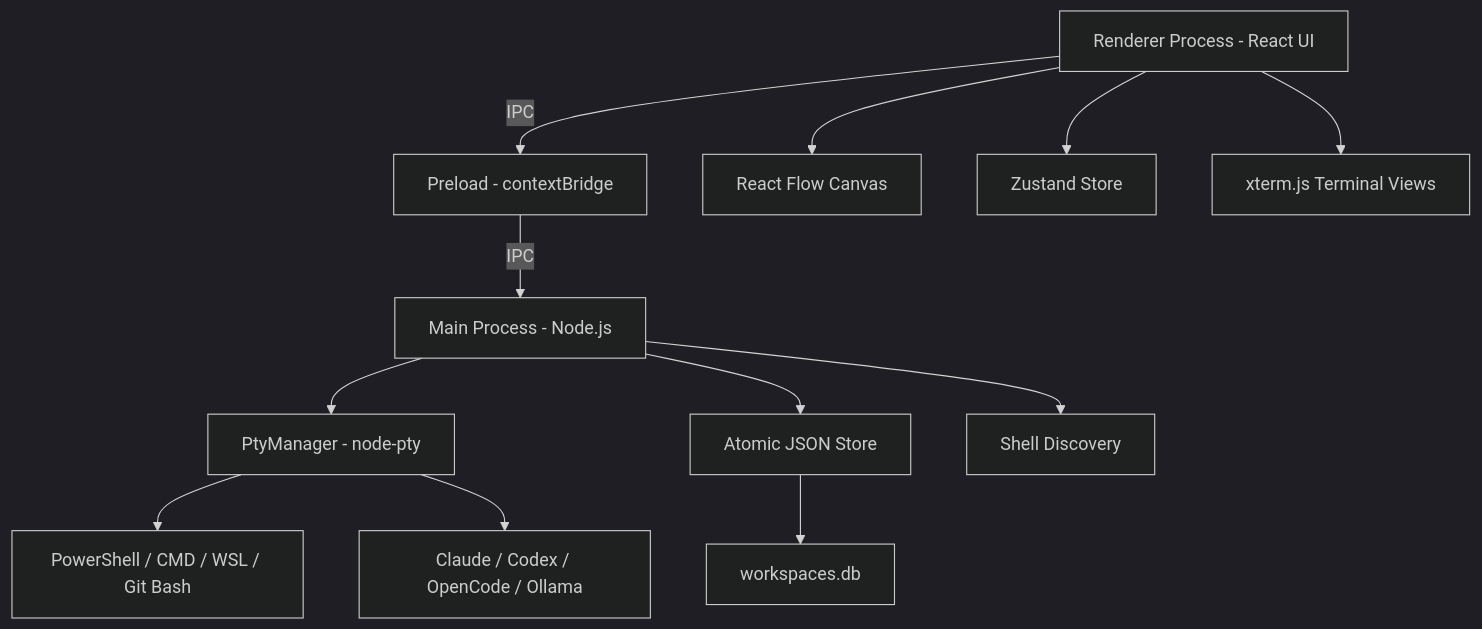
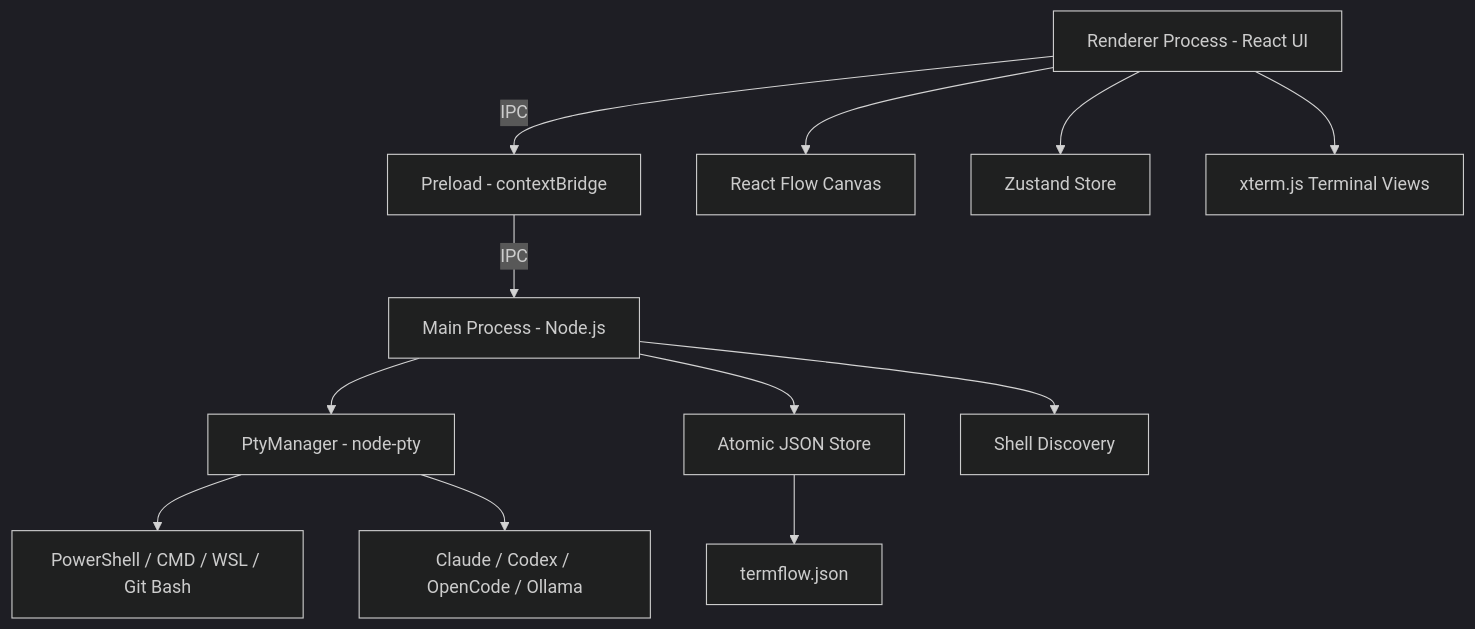
Before and after one commit to palamut62/termflow: the diagram in README.md, drawn with Mermaid (dark theme). The commit also changed other lines of this file and 28 other files, not shown here.

````diff
--- a/README.md
+++ b/README.md
@@ -91,14 +101,14 @@
 ```mermaid
 graph TD
     A[Renderer Process - React UI] -->|IPC| B[Preload - contextBridge]
     B -->|IPC| C[Main Process - Node.js]
     C --> D[PtyManager - node-pty]
     C --> E[Atomic JSON Store]
     C --> F[Shell Discovery]
     D --> G[PowerShell / CMD / WSL / Git Bash]
     D --> H[Claude / Codex / OpenCode / Ollama]
-    E --> I[workspaces.db]
+    E --> I[termflow.json]
     A --> J[React Flow Canvas]
     A --> K[Zustand Store]
     A --> L[xterm.js Terminal Views]
 ```
````
